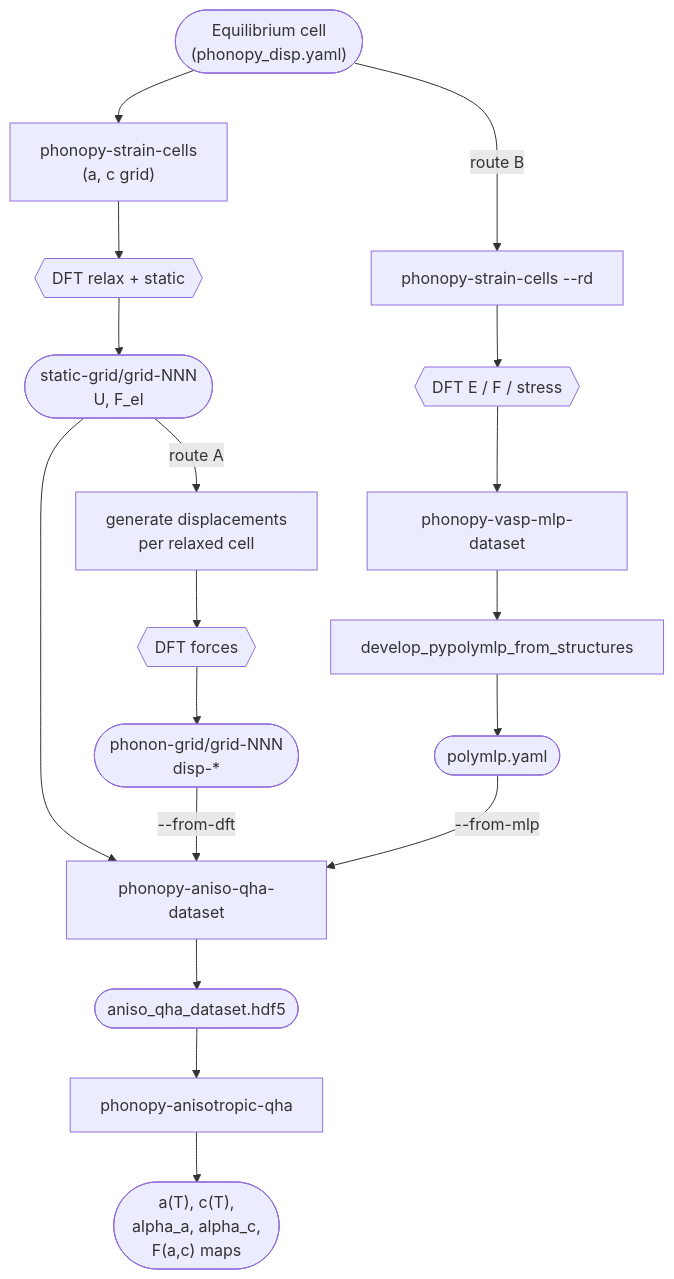
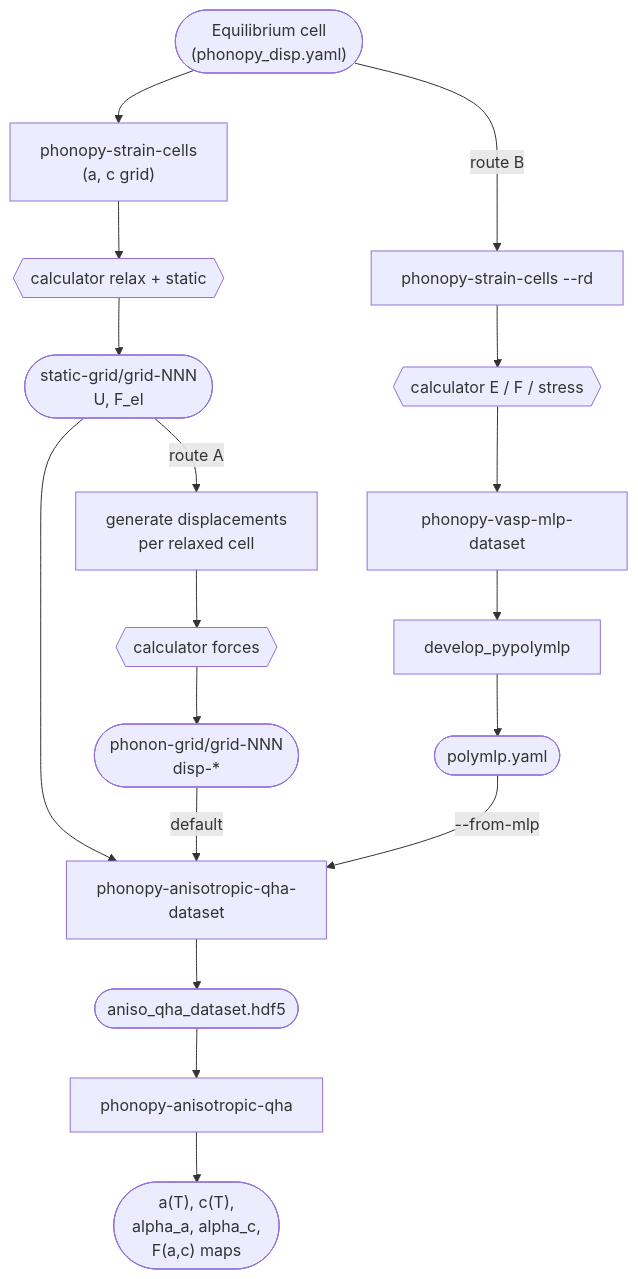
Before and after one commit to phonopy/phonopy: the diagram in _sources/anisotropic-qha.md, drawn with Mermaid. The commit also changed other lines of this file and 88 other files, not shown here.

````diff
--- a/_sources/anisotropic-qha.md
+++ b/_sources/anisotropic-qha.md
@@ -66,26 +66,26 @@
 ```{mermaid}
 flowchart TD
     EQ(["Equilibrium cell<br/>(phonopy_disp.yaml)"])
 
     EQ --> SC["phonopy-strain-cells<br/>(a, c grid)"]
-    SC --> RELAX{{"DFT relax + static"}}
+    SC --> RELAX{{"calculator relax + static"}}
     RELAX --> SGRID(["static-grid/grid-NNN<br/>U, F_el"])
 
     SGRID -->|"route A"| PD["generate displacements<br/>per relaxed cell"]
-    PD --> DFTF{{"DFT forces"}}
-    DFTF --> PGRID(["phonon-grid/grid-NNN<br/>disp-*"])
+    PD --> CALCF{{"calculator forces"}}
+    CALCF --> PGRID(["phonon-grid/grid-NNN<br/>disp-*"])
 
     EQ -->|"route B"| SCT["phonopy-strain-cells --rd"]
-    SCT --> DFTT{{"DFT E / F / stress"}}
-    DFTT --> MLPDS["phonopy-vasp-mlp-dataset"]
-    MLPDS --> DEV["develop_pypolymlp_from_structures"]
+    SCT --> CALCT{{"calculator E / F / stress"}}
+    CALCT --> MLPDS["phonopy-vasp-mlp-dataset"]
+    MLPDS --> DEV["develop_pypolymlp"]
     DEV --> MLP(["polymlp.yaml"])
 
-    SGRID --> BUILD["phonopy-aniso-qha-dataset"]
-    PGRID -->|"--from-dft"| BUILD
+    SGRID --> BUILD["phonopy-anisotropic-qha-dataset"]
+    PGRID -->|"default"| BUILD
     MLP -->|"--from-mlp"| BUILD
     BUILD --> DS(["aniso_qha_dataset.hdf5"])
 
     DS --> ANA["phonopy-anisotropic-qha"]
     ANA --> RES(["a(T), c(T),<br/>alpha_a, alpha_c,<br/>F(a,c) maps"])
 ```
````
